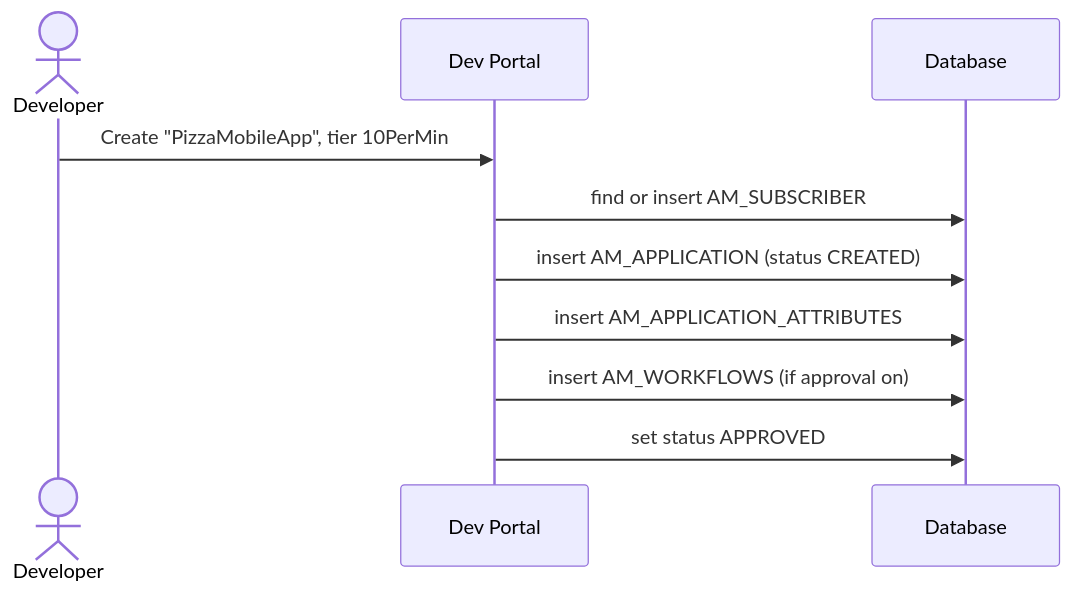
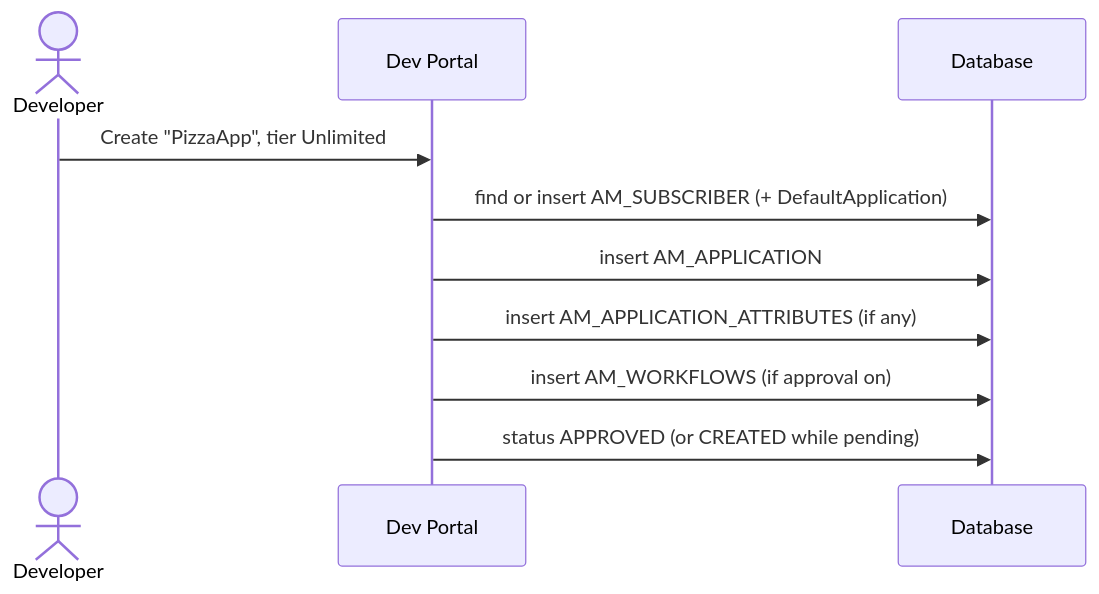
One commit to SaviNimz/apim-db-docs changed the diagram in docs/apim-3/flows/07-create-application.md. Above: the diagram before and after it, drawn with Mermaid. The commit also changed other lines of this file and 55 other files, not shown here.

First line of the commit message:
Verify all core flows against running 3.2.0 and 4.7.0 servers

````diff
--- a/docs/apim-3/flows/07-create-application.md
+++ b/docs/apim-3/flows/07-create-application.md
@@ -12,12 +19,12 @@
 ```mermaid
 sequenceDiagram
     actor Dev as Developer
     participant Portal as Dev Portal
     participant DB as Database
-    Dev->>Portal: Create "PizzaMobileApp", tier 10PerMin
-    Portal->>DB: find or insert AM_SUBSCRIBER
-    Portal->>DB: insert AM_APPLICATION (status CREATED)
-    Portal->>DB: insert AM_APPLICATION_ATTRIBUTES
+    Dev->>Portal: Create "PizzaApp", tier Unlimited
+    Portal->>DB: find or insert AM_SUBSCRIBER (+ DefaultApplication)
+    Portal->>DB: insert AM_APPLICATION
+    Portal->>DB: insert AM_APPLICATION_ATTRIBUTES (if any)
     Portal->>DB: insert AM_WORKFLOWS (if approval on)
-    Portal->>DB: set status APPROVED
+    Portal->>DB: status APPROVED (or CREATED while pending)
 ```
````
